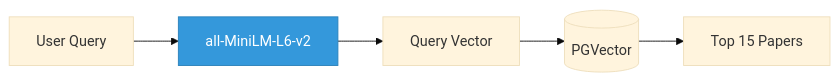
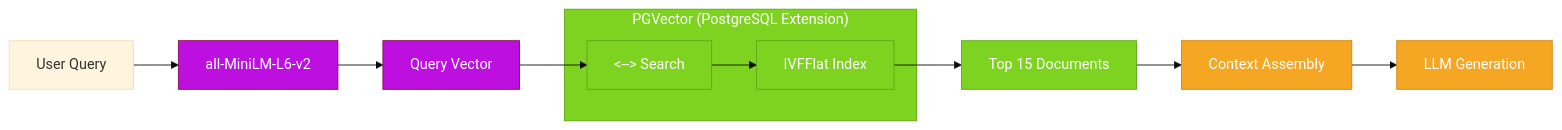
The seventh of 8 diagrams in federated_pneumonia_detection/src/boundary/README.md (h19overflow/federated_learning), drawn with Mermaid (base theme) before and after one commit. The commit also changed other lines of this file and 8 other files, not shown here.

````diff
--- a/federated_pneumonia_detection/src/boundary/README.md
+++ b/federated_pneumonia_detection/src/boundary/README.md
@@ -198,9 +303,25 @@
 ```mermaid
 flowchart LR
     Query[User Query] --> Embed[all-MiniLM-L6-v2]
     Embed --> Vector[Query Vector]
-    Vector --> PG[(PGVector)]
-    PG --> Results[Top 15 Papers]
+    
+    subgraph PGVector["PGVector (PostgreSQL Extension)"]
+        Search[<--> Search]
+        Index[IVFFlat Index]
+    end
 
-    style Embed fill:#3498db,stroke:#2980b9,color:#fff
+    Vector --> Search
+    Search --> Index
+    Index --> Results[Top 15 Documents]
+    
+    Results --> Context[Context Assembly]
+    Context --> LLM[LLM Generation]
+
+    classDef embedding fill:#BD10E0,stroke:#8B0A50,color:#fff
+    classDef vector fill:#7ED321,stroke:#5FA818,color:#fff
+    classDef llm fill:#F5A623,stroke:#D58512,color:#fff
+
+    class Embed,Vector embedding
+    class PGVector,Search,Index,Results vector
+    class Context,LLM llm
 ```
````
